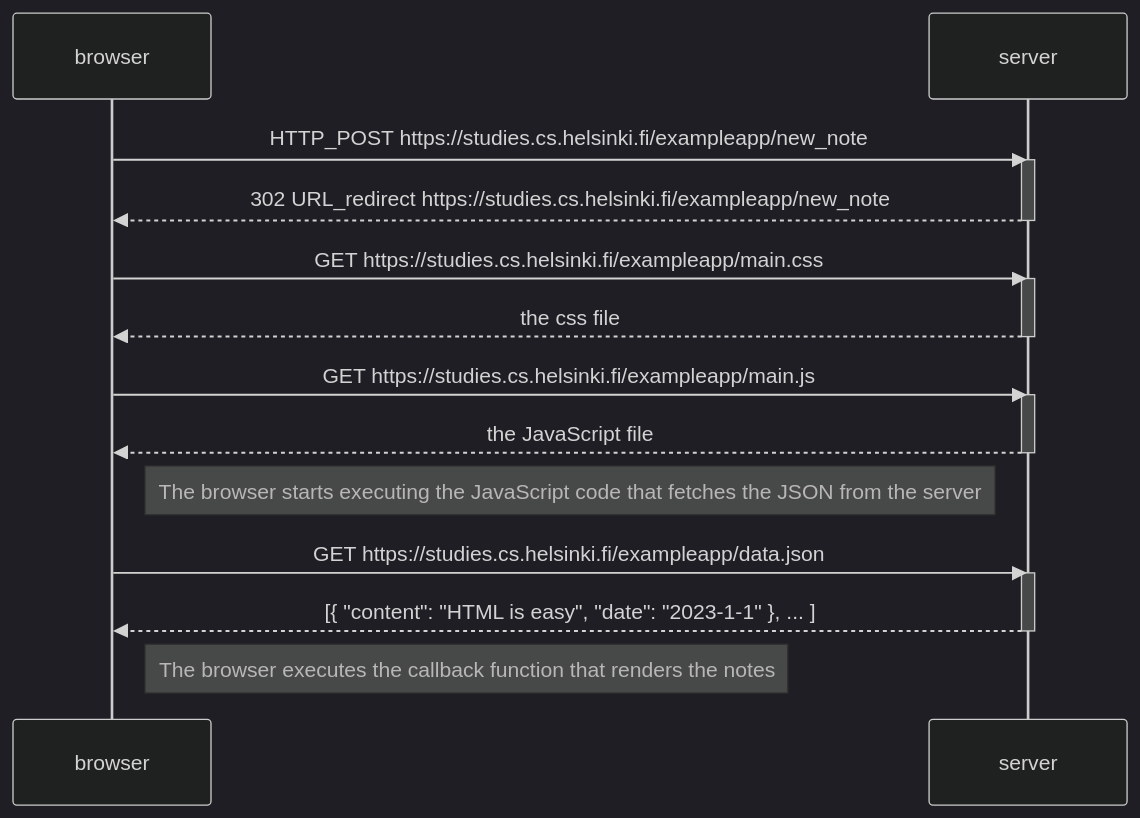
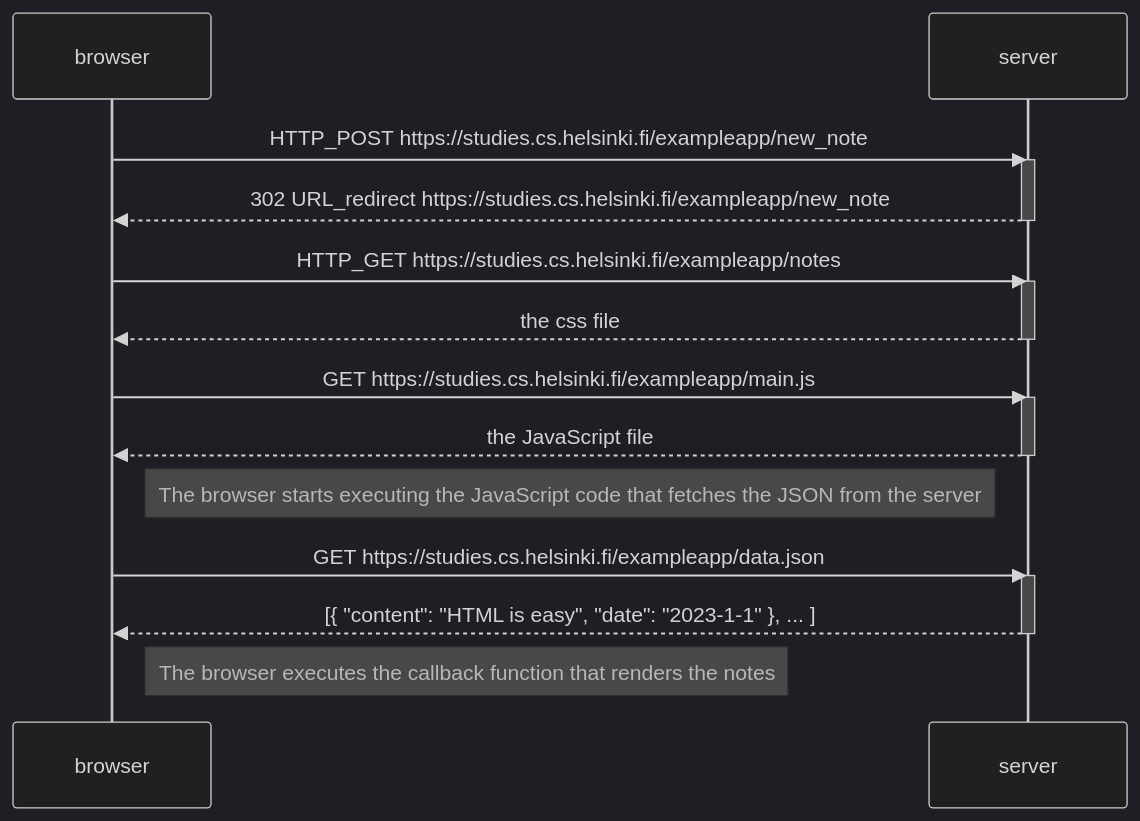
Before and after one commit to TomppeliG6-8/fullstack: the diagram in Part0/0.4 - New note diagram/readme.md, drawn with Mermaid (dark theme).

````diff
--- a/Part0/0.4 - New note diagram/readme.md
+++ b/Part0/0.4 - New note diagram/readme.md
@@ -1,29 +1,29 @@
 ```mermaid
 sequenceDiagram
     participant browser
     participant server
 
     browser->>server: HTTP_POST https://studies.cs.helsinki.fi/exampleapp/new_note
     activate server
     server-->>browser: 302 URL_redirect https://studies.cs.helsinki.fi/exampleapp/new_note
     deactivate server
 
-    browser->>server: GET https://studies.cs.helsinki.fi/exampleapp/main.css
+    browser->>server: HTTP_GET https://studies.cs.helsinki.fi/exampleapp/notes
     activate server
     server-->>browser: the css file
     deactivate server
 
     browser->>server: GET https://studies.cs.helsinki.fi/exampleapp/main.js
     activate server
     server-->>browser: the JavaScript file
     deactivate server
 
     Note right of browser: The browser starts executing the JavaScript code that fetches the JSON from the server
 
     browser->>server: GET https://studies.cs.helsinki.fi/exampleapp/data.json
     activate server
     server-->>browser: [{ "content": "HTML is easy", "date": "2023-1-1" }, ... ]
     deactivate server
 
     Note right of browser: The browser executes the callback function that renders the notes
 ```
````
